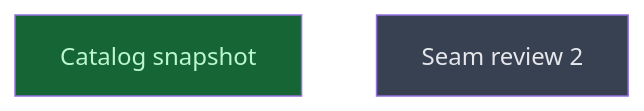
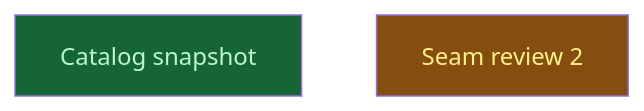
One commit to CrackingShells/Candler changed the diagram in __roadmap__/integrity/causes/checkpoint/snapshot/README.md. Above: the diagram before and after it, drawn with Mermaid. The commit also changed other lines of this file and 16 other files, not shown here.

````diff
--- a/__roadmap__/integrity/causes/checkpoint/snapshot/README.md
+++ b/__roadmap__/integrity/causes/checkpoint/snapshot/README.md
@@ -17,10 +17,10 @@
 ```mermaid
 graph TD
     catalog_snapshot[Catalog snapshot]:::done
-    review[Seam review 2]:::planned
+    review[Seam review 2]:::inprogress
     classDef done       fill:#166534,color:#bbf7d0
     classDef inprogress fill:#854d0e,color:#fef08a
     classDef planned    fill:#374151,color:#e5e7eb
     classDef amendment  fill:#1e3a5f,color:#bfdbfe
     classDef blocked    fill:#7f1d1d,color:#fecaca
 ```
````
